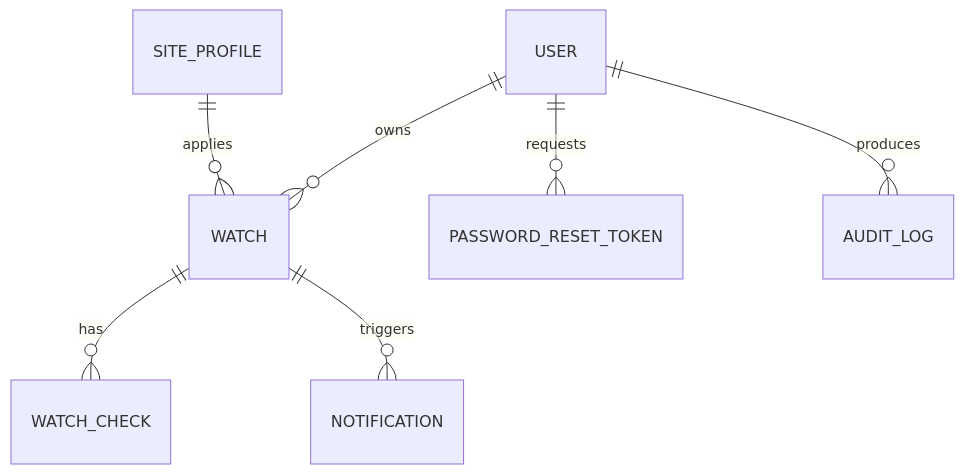
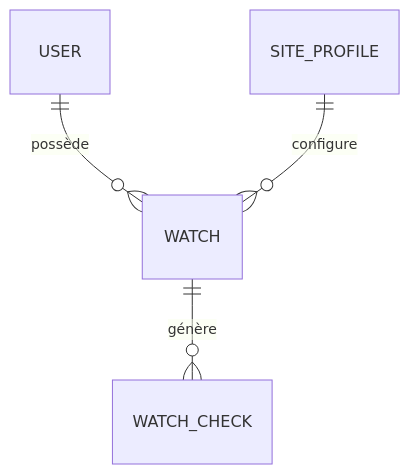
The first of 2 diagrams in docs/19-mcd.md (Chr1stopherPEREZ/projet-nova), drawn with Mermaid before and after one commit. The commit also changed other lines of this file and 12 other files, not shown here.

````diff
--- a/docs/19-mcd.md
+++ b/docs/19-mcd.md
@@ -21,9 +16,6 @@
 ```mermaid
 erDiagram
-  USER ||--o{ WATCH : owns
-  SITE_PROFILE ||--o{ WATCH : applies
-  WATCH ||--o{ WATCH_CHECK : has
-  WATCH ||--o{ NOTIFICATION : triggers
-  USER ||--o{ PASSWORD_RESET_TOKEN : requests
-  USER ||--o{ AUDIT_LOG : produces
+  USER ||--o{ WATCH : possède
+  SITE_PROFILE ||--o{ WATCH : configure
+  WATCH ||--o{ WATCH_CHECK : génère
 ```
````
